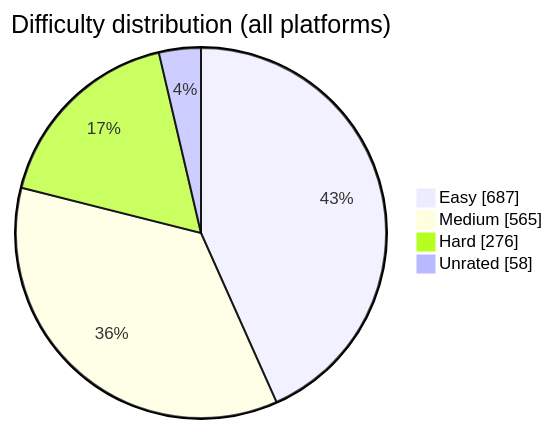
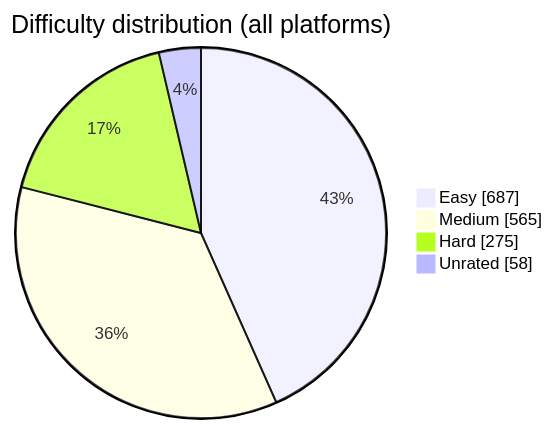
Before and after one commit to BuildbyArindam/Daily-Coding-Log: the diagram in README.md, drawn with Mermaid. The commit also changed other lines of this file, not shown here.

````diff
--- a/README.md
+++ b/README.md
@@ -93,7 +93,7 @@
 ```mermaid
 pie showData title Difficulty distribution (all platforms)
     "Easy" : 687
     "Medium" : 565
-    "Hard" : 276
+    "Hard" : 275
     "Unrated" : 58
 ```
````
